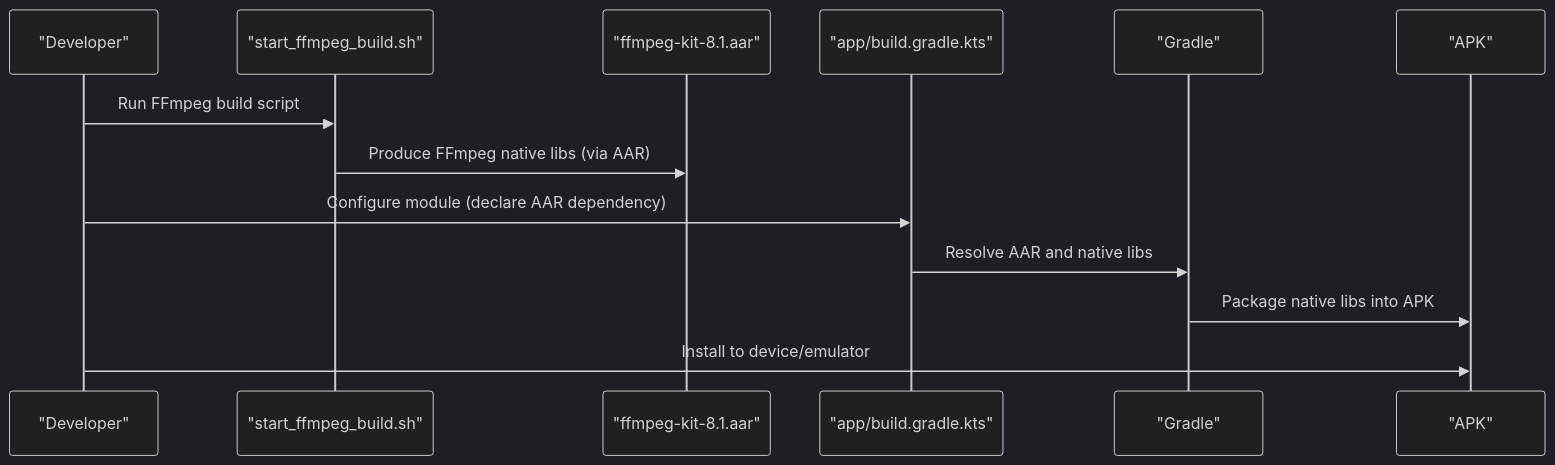
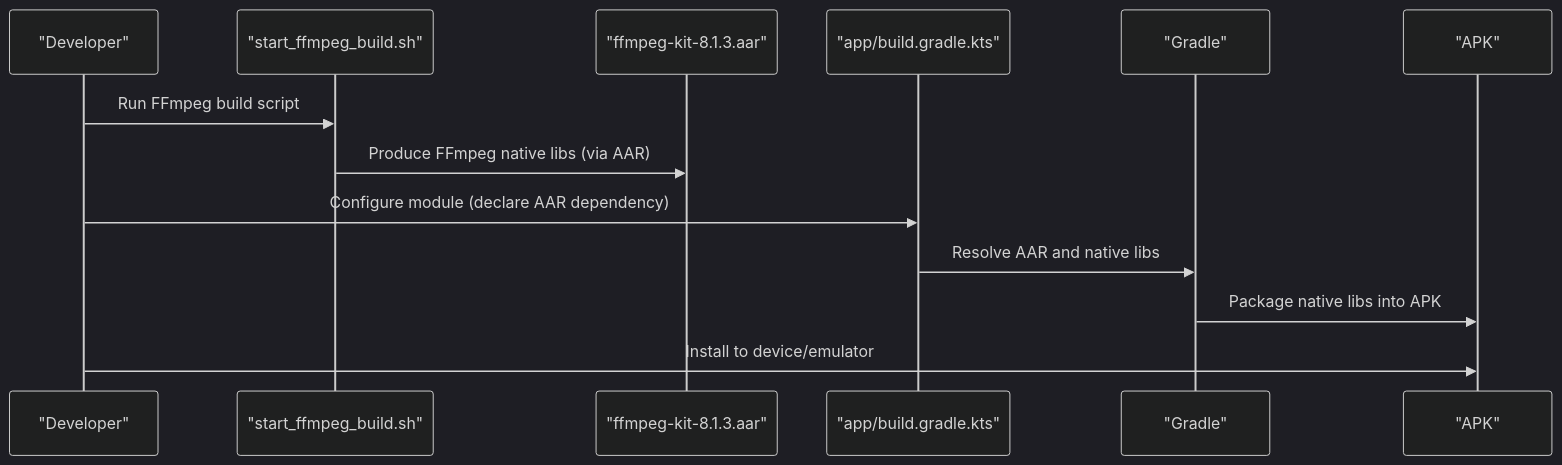
The second of 4 diagrams in .qoder/repowiki/en/content/Build and Configuration/Native Compilation.md (pisces312/StreamClip), drawn with Mermaid (dark theme) before and after one commit. The commit also changed other lines of this file and 10 other files, not shown here.

First line of the commit message:
build(ffmpeg): 升级到自编译 ffmpeg-kit 8.1.3

````diff
--- a/.qoder/repowiki/en/content/Build and Configuration/Native Compilation.md
+++ b/.qoder/repowiki/en/content/Build and Configuration/Native Compilation.md
@@ -92,15 +92,15 @@
 ```mermaid
 sequenceDiagram
 participant Dev as "Developer"
 participant SFB as "start_ffmpeg_build.sh"
-participant AAR as "ffmpeg-kit-8.1.aar"
+participant AAR as "ffmpeg-kit-8.1.3.aar"
 participant BG as "app/build.gradle.kts"
 participant GR as "Gradle"
 participant APK as "APK"
 Dev->>SFB : Run FFmpeg build script
 SFB->>AAR : Produce FFmpeg native libs (via AAR)
 Dev->>BG : Configure module (declare AAR dependency)
 BG->>GR : Resolve AAR and native libs
 GR->>APK : Package native libs into APK
 Dev->>APK : Install to device/emulator
 ```
````
